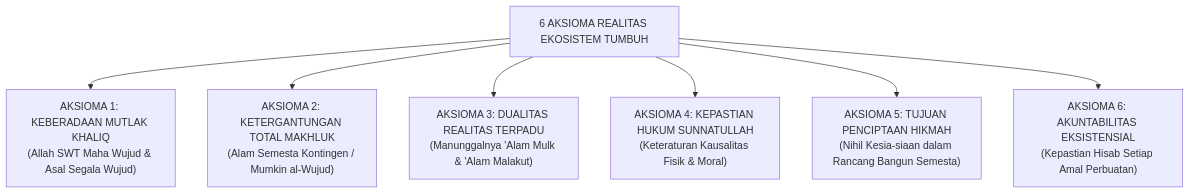
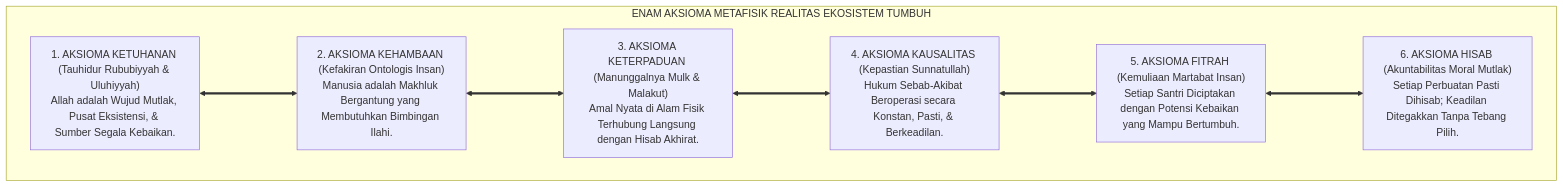
The fifth of 6 diagrams in 01 Philosophy/01 Worldview/01 Hakikat Realitas/P1-01-01-02-Aksioma-Realitas.md (wandiapriliyandi/tumbuh), drawn with Mermaid before and after one commit. The commit also changed other lines of this file and 8 other files, not shown here.

Commit message:
feat(philosophy): rekonstruksi total sub-domain 01 Hakikat Realitas (P1-01-01) standar monograf riset akademik murni

````diff
--- a/01 Philosophy/01 Worldview/01 Hakikat Realitas/P1-01-01-02-Aksioma-Realitas.md
+++ b/01 Philosophy/01 Worldview/01 Hakikat Realitas/P1-01-01-02-Aksioma-Realitas.md
@@ -294,11 +172,19 @@
 ```mermaid
-graph TD
-    AksiomaMaster["6 AKSIOMA REALITAS EKOSISTEM TUMBUH"]
-    
-    AksiomaMaster --> A1["AKSIOMA 1: KEBERADAAN MUTLAK KHALIQ<br/>(Allah SWT Maha Wujud & Asal Segala Wujud)"]
-    AksiomaMaster --> A2["AKSIOMA 2: KETERGANTUNGAN TOTAL MAKHLUK<br/>(Alam Semesta Kontingen / Mumkin al-Wujud)"]
-    AksiomaMaster --> A3["AKSIOMA 3: DUALITAS REALITAS TERPADU<br/>(Manunggalnya 'Alam Mulk & 'Alam Malakut)"]
-    AksiomaMaster --> A4["AKSIOMA 4: KEPASTIAN HUKUM SUNNATULLAH<br/>(Keteraturan Kausalitas Fisik & Moral)"]
-    AksiomaMaster --> A5["AKSIOMA 5: TUJUAN PENCIPTAAN HIKMAH<br/>(Nihil Kesia-siaan dalam Rancang Bangun Semesta)"]
-    AksiomaMaster --> A6["AKSIOMA 6: AKUNTABILITAS EKSISTENSIAL<br/>(Kepastian Hisab Setiap Amal Perbuatan)"]
+flowchart TD
+    subgraph EnamAksiomaRealitasTUMBUH["ENAM AKSIOMA METAFISIK REALITAS EKOSISTEM TUMBUH"]
+        
+        A1["1. AKSIOMA KETUHANAN (Tauhidur Rububiyyah & Uluhiyyah)<br/>Allah adalah Wujud Mutlak, Pusat Eksistensi, & Sumber Segala Kebaikan."]
+        
+        A2["2. AKSIOMA KEHAMBAAN (Kefakiran Ontologis Insan)<br/>Manusia adalah Makhluk Bergantung yang Membutuhkan Bimbingan Ilahi."]
+        
+        A3["3. AKSIOMA KETERPADUAN (Manunggalnya Mulk & Malakut)<br/>Amal Nyata di Alam Fisik Terhubung Langsung dengan Hisab Akhirat."]
+        
+        A4["4. AKSIOMA KAUSALITAS (Kepastian Sunnatullah)<br/>Hukum Sebab-Akibat Beroperasi secara Konstan, Pasti, & Berkeadilan."]
+        
+        A5["5. AKSIOMA FITRAH (Kemuliaan Martabat Insan)<br/>Setiap Santri Diciptakan dengan Potensi Kebaikan yang Mampu Bertumbuh."]
+        
+        A6["6. AKSIOMA HISAB (Akuntabilitas Moral Mutlak)<br/>Setiap Perbuatan Pasti Dihisab; Keadilan Ditegakkan Tanpa Tebang Pilih."]
+        
+        A1 <===> A2 <===> A3 <===> A4 <===> A5 <===> A6
+    end
 ```
````
